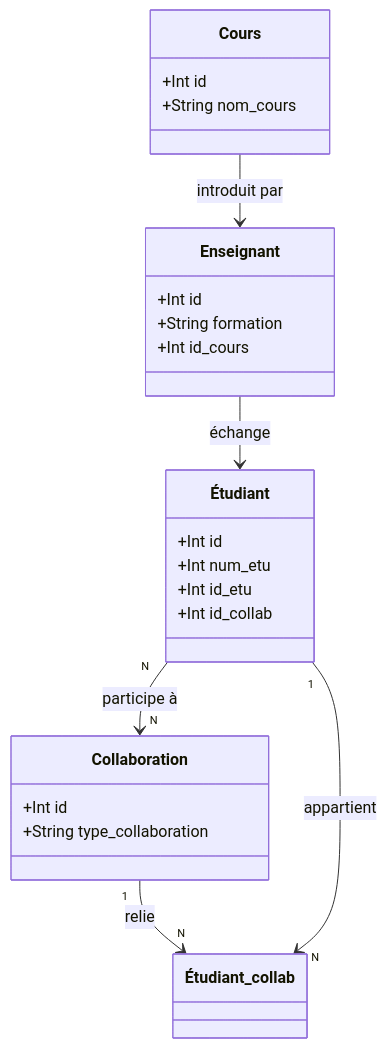
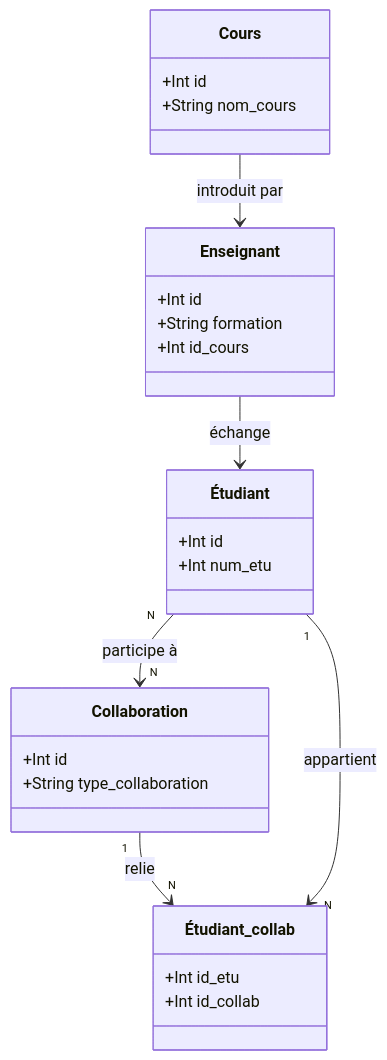
The diagram in class.md (lmimouni-rim/EDUCATION), drawn with Mermaid before and after one commit.

````diff
--- a/class.md
+++ b/class.md
@@ -1,33 +1,33 @@
 ```mermaid
 
 classDiagram
     
     class Étudiant
     Étudiant : +Int id
     Étudiant : +Int num_etu
 
     class Enseignant 
     Enseignant : +Int id
     Enseignant : +String formation 
     Enseignant : +Int id_cours
 
     class Cours
     Cours : +Int id
     Cours : +String nom_cours
 
 
     class Collaboration 
     Collaboration : +Int id
     Collaboration : +String type_collaboration
 
     class Étudiant_collab
-    Étudiant : +Int id_etu
-    Étudiant : +Int id_collab
+    Étudiant_collab : +Int id_etu
+    Étudiant_collab : +Int id_collab
 
     Cours --> Enseignant : introduit par 
     Enseignant --> Étudiant : échange
     Étudiant "N" --> "N" Collaboration : participe à
     Collaboration "1" --> "N" Étudiant_collab : relie
     Étudiant "1" --> "N" Étudiant_collab : appartient
 
 ```
````
